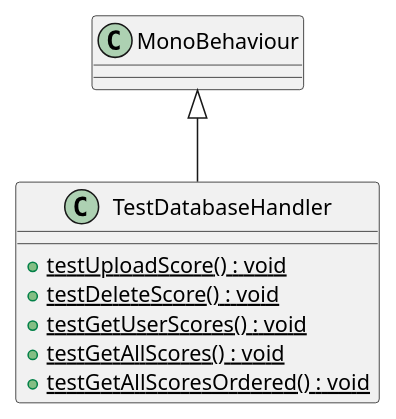
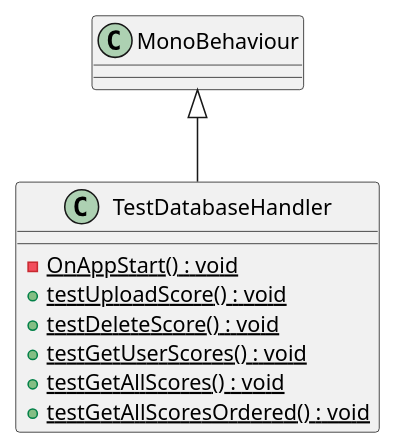
One commit to David-Denny/COMP3013-Team7 changed the diagram in UML/Database/TestDatabaseHandler.puml. Above: the diagram before and after it, drawn with PlantUML. The commit also changed 49 other files, not shown here.

Commit message:
Generate UML (Generate UML)

```diff
--- a/UML/Database/TestDatabaseHandler.puml
+++ b/UML/Database/TestDatabaseHandler.puml
@@ -1,10 +1,11 @@
 @startuml
 class TestDatabaseHandler {
+    - {static} OnAppStart() : void
     + {static} testUploadScore() : void
     + {static} testDeleteScore() : void
     + {static} testGetUserScores() : void
     + {static} testGetAllScores() : void
     + {static} testGetAllScoresOrdered() : void
 }
 MonoBehaviour <|-- TestDatabaseHandler
 @enduml
```
